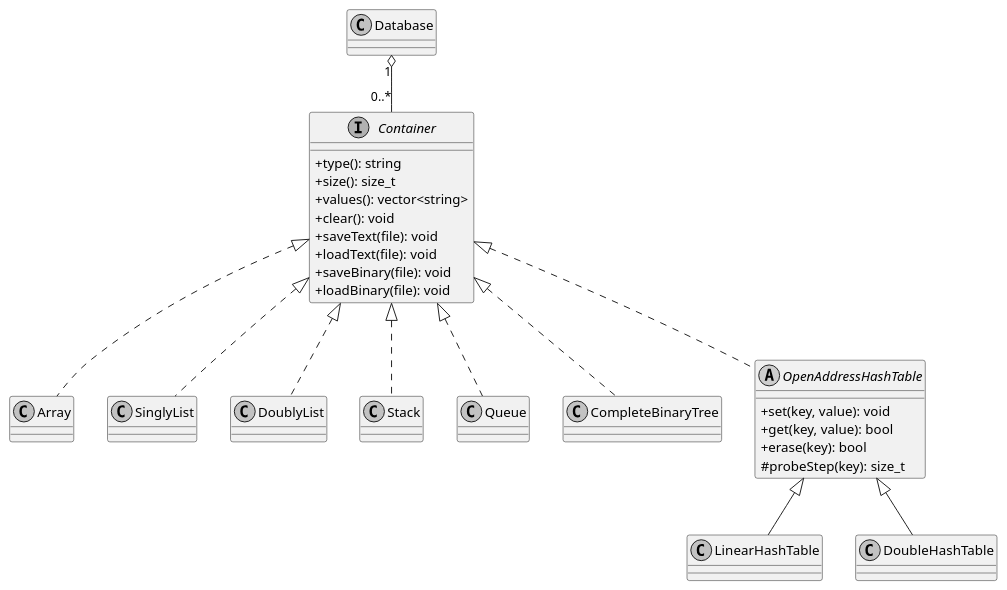
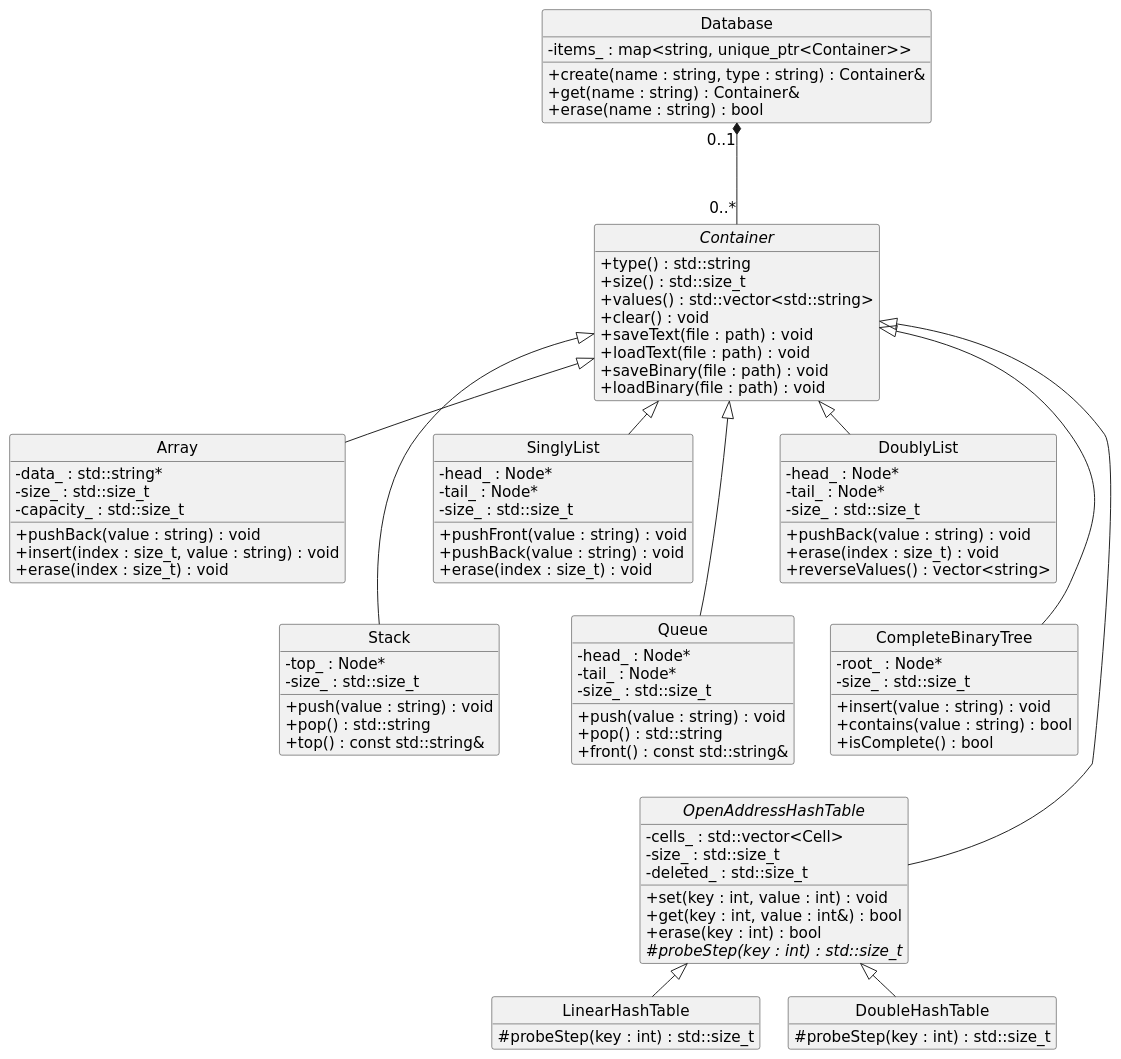
Before and after one commit to somgnom00-cmd/laba3: the diagram in uml/classes.puml, drawn with PlantUML. The commit also changed 38 other files, not shown here.

```diff
--- a/uml/classes.puml
+++ b/uml/classes.puml
@@ -1,42 +1,105 @@
 @startuml
+skinparam monochrome true
+skinparam shadowing false
 skinparam classAttributeIconSize 0
-skinparam monochrome true
+skinparam defaultFontName DejaVu Sans
+skinparam defaultFontSize 16
+skinparam nodesep 30
+skinparam ranksep 35
+hide circle
+hide empty members
 
-interface Container {
-  +type(): string
-  +size(): size_t
-  +values(): vector<string>
-  +clear(): void
-  +saveText(file): void
-  +loadText(file): void
-  +saveBinary(file): void
-  +loadBinary(file): void
+abstract class Container {
+  +type() : std::string
+  +size() : std::size_t
+  +values() : std::vector<std::string>
+  +clear() : void
+  +saveText(file : path) : void
+  +loadText(file : path) : void
+  +saveBinary(file : path) : void
+  +loadBinary(file : path) : void
+}
+class Database {
+  -items_ : map<string, unique_ptr<Container>>
+  +create(name : string, type : string) : Container&
+  +get(name : string) : Container&
+  +erase(name : string) : bool
+}
+class Array {
+  -data_ : std::string*
+  -size_ : std::size_t
+  -capacity_ : std::size_t
+  +pushBack(value : string) : void
+  +insert(index : size_t, value : string) : void
+  +erase(index : size_t) : void
+}
+class SinglyList {
+  -head_ : Node*
+  -tail_ : Node*
+  -size_ : std::size_t
+  +pushFront(value : string) : void
+  +pushBack(value : string) : void
+  +erase(index : size_t) : void
+}
+class DoublyList {
+  -head_ : Node*
+  -tail_ : Node*
+  -size_ : std::size_t
+  +pushBack(value : string) : void
+  +erase(index : size_t) : void
+  +reverseValues() : vector<string>
+}
+class Stack {
+  -top_ : Node*
+  -size_ : std::size_t
+  +push(value : string) : void
+  +pop() : std::string
+  +top() : const std::string&
+}
+class Queue {
+  -head_ : Node*
+  -tail_ : Node*
+  -size_ : std::size_t
+  +push(value : string) : void
+  +pop() : std::string
+  +front() : const std::string&
+}
+class CompleteBinaryTree {
+  -root_ : Node*
+  -size_ : std::size_t
+  +insert(value : string) : void
+  +contains(value : string) : bool
+  +isComplete() : bool
+}
+abstract class OpenAddressHashTable {
+  -cells_ : std::vector<Cell>
+  -size_ : std::size_t
+  -deleted_ : std::size_t
+  +set(key : int, value : int) : void
+  +get(key : int, value : int&) : bool
+  +erase(key : int) : bool
+  {abstract} #probeStep(key : int) : std::size_t
+}
+class LinearHashTable {
+  #probeStep(key : int) : std::size_t
+}
+class DoubleHashTable {
+  #probeStep(key : int) : std::size_t
 }
 
-class Array
-class SinglyList
-class DoublyList
-class Stack
-class Queue
-class CompleteBinaryTree
-abstract class OpenAddressHashTable {
-  +set(key, value): void
-  +get(key, value): bool
-  +erase(key): bool
-  #probeStep(key): size_t
-}
-class LinearHashTable
-class DoubleHashTable
-class Database
-
-Container <|.. Array
-Container <|.. SinglyList
-Container <|.. DoublyList
-Container <|.. Stack
-Container <|.. Queue
-Container <|.. CompleteBinaryTree
-Container <|.. OpenAddressHashTable
+Database "0..1" *--down-- "0..*" Container
+Container <|-- Array
+Container <|-- SinglyList
+Container <|-- DoublyList
+Container <|-- Stack
+Container <|-- Queue
+Container <|-- CompleteBinaryTree
+Container <|-- OpenAddressHashTable
 OpenAddressHashTable <|-- LinearHashTable
 OpenAddressHashTable <|-- DoubleHashTable
-Database "1" o-- "0..*" Container
+
+Array -[hidden]down-> Stack
+SinglyList -[hidden]down-> Queue
+DoublyList -[hidden]down-> CompleteBinaryTree
+Stack -[hidden]down-> OpenAddressHashTable
 @enduml
```
